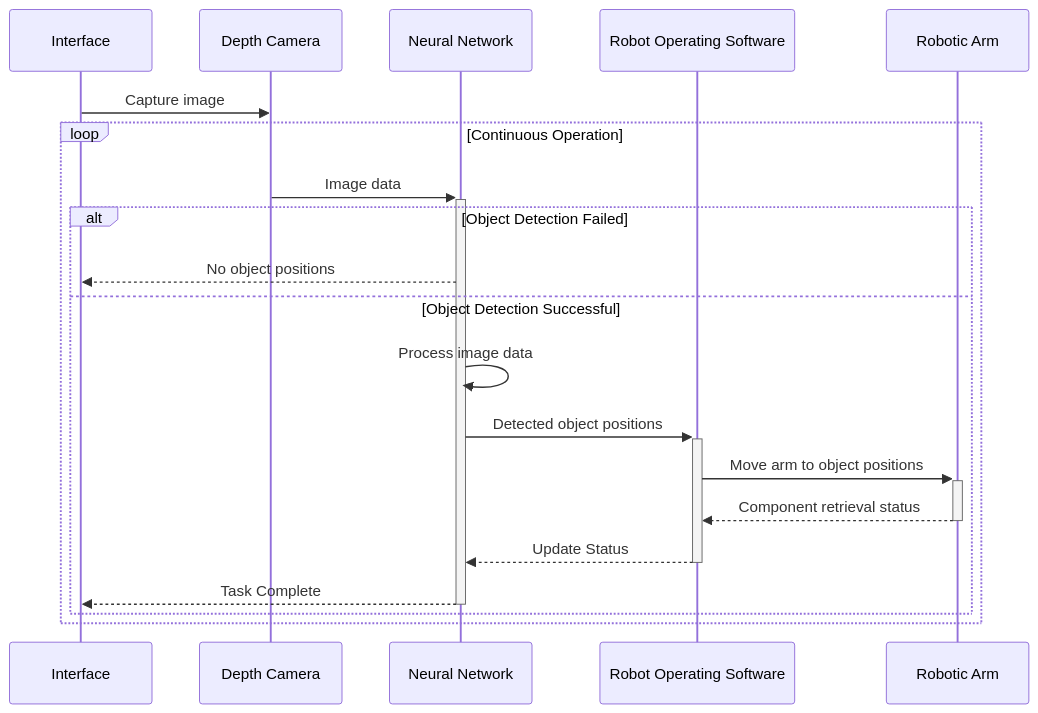
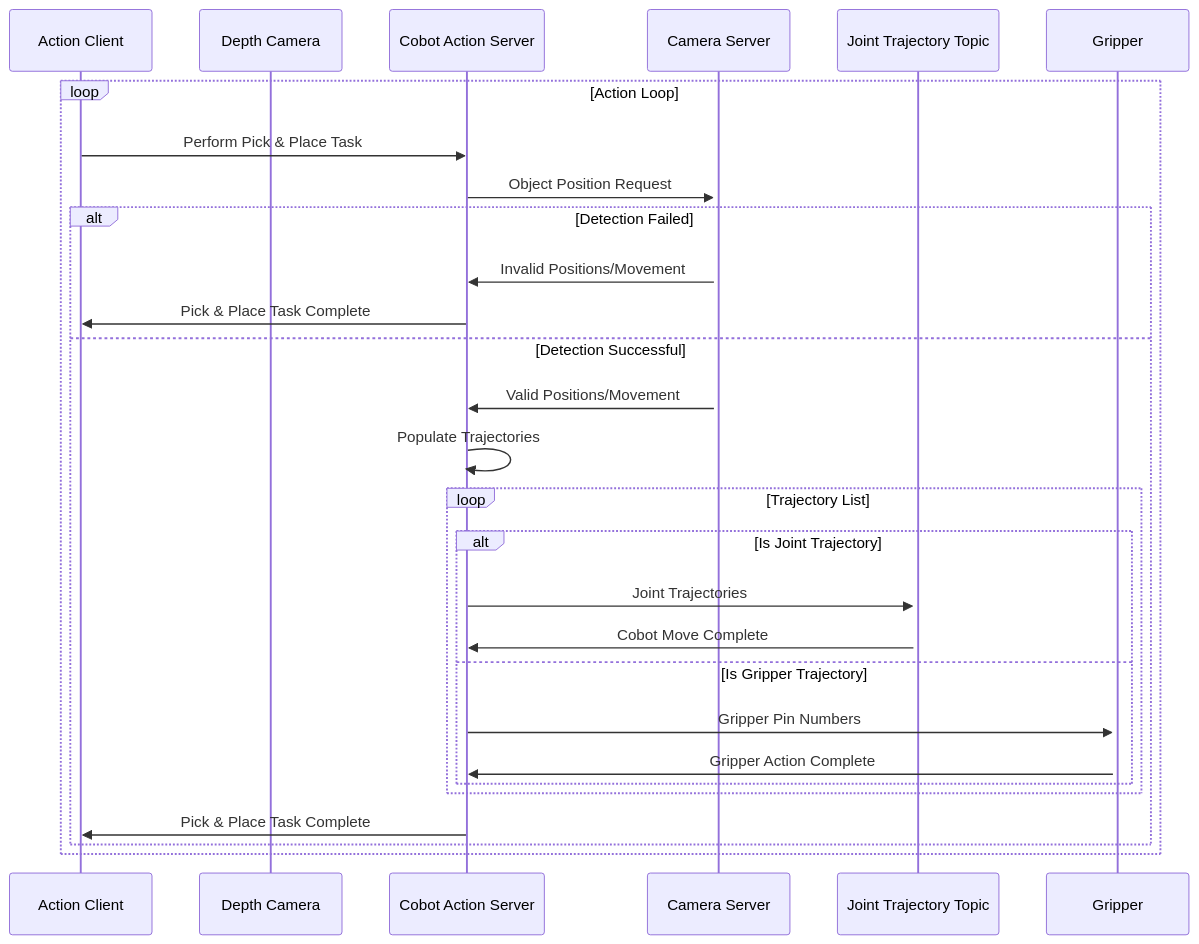
One commit to kanbanyte/sepb changed the fourth of 4 diagrams in assessments/sepa/design.md. Above: the diagram before and after it, drawn with Mermaid. The commit also changed other lines of this file, not shown here.

````diff
--- a/assessments/sepa/design.md
+++ b/assessments/sepa/design.md
@@ -294,23 +295,31 @@
 ```mermaid
 sequenceDiagram
-	participant UI as Interface
+	participant Client as Action Client
 	participant Camera as Depth Camera
-	participant Network as Neural Network
-	participant ROS as Robot Operating Software
-	participant Arm as Robotic Arm
+	participant CobotActionServer as Cobot Action Server
+	participant CameraServer as Camera Server
+	participant Cobot as Joint Trajectory Topic
+    participant Gripper as Gripper
 
-	UI->>Camera: Capture image
-	loop Continuous Operation
-		Camera->>+Network: Image data
-		alt Object Detection Failed
-			Network-->>UI: No object positions
-		else Object Detection Successful
-			Network->>Network: Process image data
-			Network->>+ROS: Detected object positions
-			ROS->>+Arm: Move arm to object positions
-			Arm-->>-ROS: Component retrieval status
-			ROS-->>-Network: Update Status
-			Network-->>-UI: Task Complete
+	loop Action Loop
+	    Client->>CobotActionServer: Perform Pick & Place Task
+		CobotActionServer->>+CameraServer: Object Position Request
+		alt Detection Failed
+			CameraServer->>CobotActionServer: Invalid Positions/Movement
+			CobotActionServer->>Client: Pick & Place Task Complete
+		else Detection Successful
+			CameraServer->>CobotActionServer: Valid Positions/Movement
+            CobotActionServer->>CobotActionServer: Populate Trajectories
+            loop Trajectory List
+                alt Is Joint Trajectory
+                    CobotActionServer->>+Cobot: Joint Trajectories
+                    Cobot->>CobotActionServer: Cobot Move Complete
+                else Is Gripper Trajectory
+                    CobotActionServer->>+Gripper: Gripper Pin Numbers
+                    Gripper->>CobotActionServer: Gripper Action Complete
+                end
+            end
+			CobotActionServer->>Client: Pick & Place Task Complete
 		end
 	end
 ```
````
